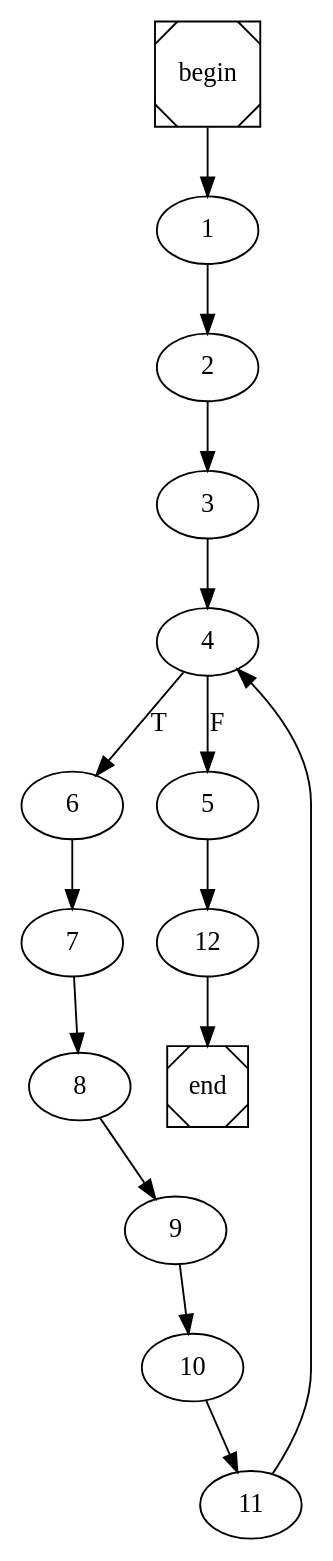
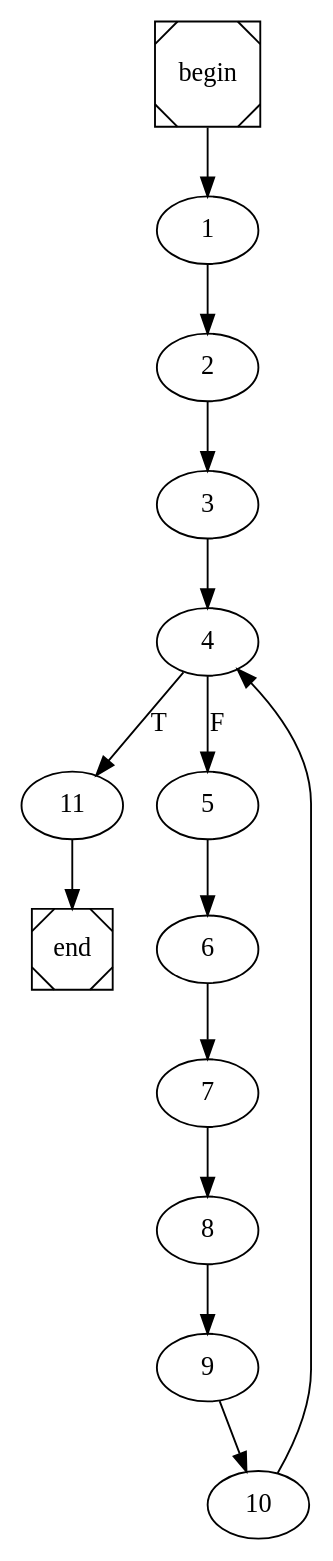
Before and after one commit to arubenruben/JMM-Compiler: the diagram in slice_int_arr_int.dot, drawn with Graphviz. The commit also changed 11 other files, not shown here.

```diff
--- a/slice_int_arr_int.dot
+++ b/slice_int_arr_int.dot
@@ -1,4 +1,4 @@
 digraph cfg {
 	begin [shape=Msquare];
 	end [shape=Msquare];
-	begin -> 1;	1 -> 2;	2 -> 3;	3 -> 4;	4 -> 6[label=T];	4 -> 5[label=F];	5 -> 12;	6 -> 7;	7 -> 8;	8 -> 9;	9 -> 10;	10 -> 11;	11 -> 4;	12 -> end;}
+	begin -> 1;	1 -> 2;	2 -> 3;	3 -> 4;	4 -> 11[label=T];	4 -> 5[label=F];	5 -> 6;	6 -> 7;	7 -> 8;	8 -> 9;	9 -> 10;	10 -> 4;	11 -> end;}
```
